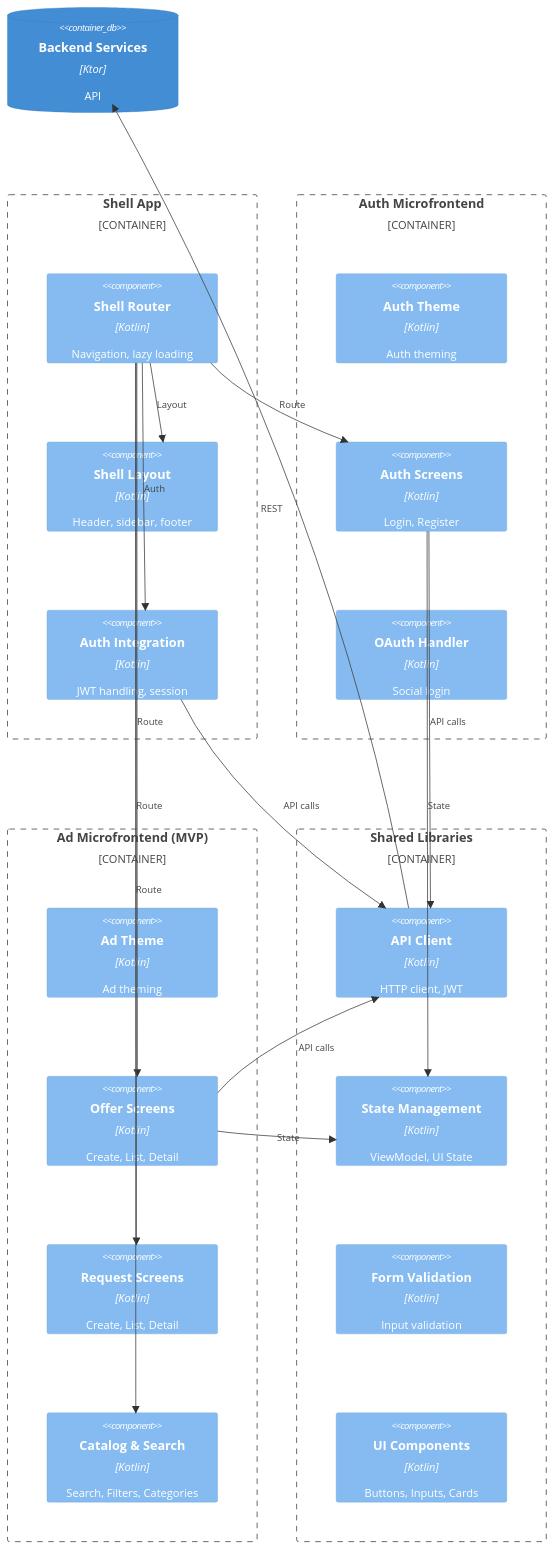
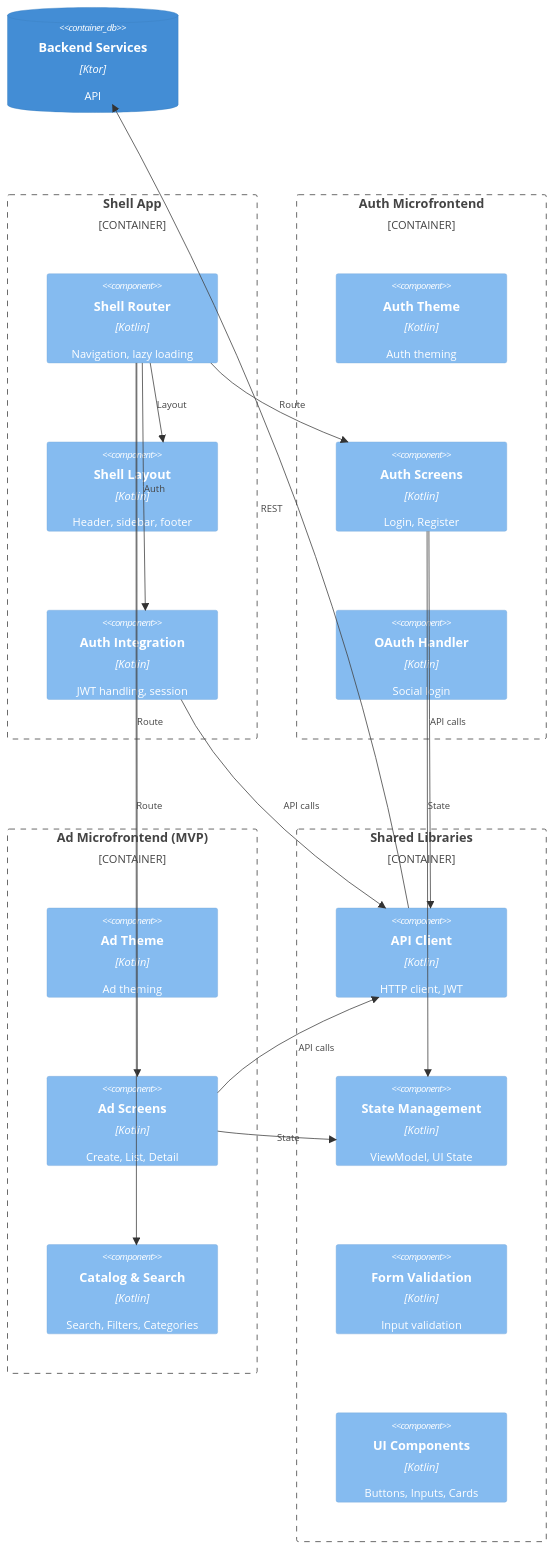
Before and after one commit to otuskotlin/202602-ok-marketplace: the third of 7 diagrams in docs/architecture/c4-3-component.md, drawn with Mermaid. The commit also changed other lines of this file and 6 other files, not shown here.

````diff
--- a/docs/architecture/c4-3-component.md
+++ b/docs/architecture/c4-3-component.md
@@ -60,46 +60,44 @@
 ```mermaid
 C4Component
     ContainerDb(backend, "Backend Services", "Ktor", "API")
     
     Container_Boundary(shell, "Shell App") {
         Component(shell_router, "Shell Router", "Kotlin", "Navigation, lazy loading")
         Component(shell_layout, "Shell Layout", "Kotlin", "Header, sidebar, footer")
         Component(shell_auth, "Auth Integration", "Kotlin", "JWT handling, session")
     }
     
     Container_Boundary(mf_auth, "Auth Microfrontend") {
         Component(auth_theme, "Auth Theme", "Kotlin", "Auth theming")
         Component(auth_screens, "Auth Screens", "Kotlin", "Login, Register")
         Component(auth_oauth, "OAuth Handler", "Kotlin", "Social login")
     }
     
     Container_Boundary(mf_ad, "Ad Microfrontend (MVP)") {
         Component(ad_theme, "Ad Theme", "Kotlin", "Ad theming")
-        Component(ad_offer_screens, "Offer Screens", "Kotlin", "Create, List, Detail")
-        Component(ad_request_screens, "Request Screens", "Kotlin", "Create, List, Detail")
+        Component(ad_screens, "Ad Screens", "Kotlin", "Create, List, Detail")
         Component(ad_catalog, "Catalog & Search", "Kotlin", "Search, Filters, Categories")
     }
     
     Container_Boundary(shared, "Shared Libraries") {
         Component(common_api, "API Client", "Kotlin", "HTTP client, JWT")
         Component(common_state, "State Management", "Kotlin", "ViewModel, UI State")
         Component(common_validation, "Form Validation", "Kotlin", "Input validation")
         Component(common_ui, "UI Components", "Kotlin", "Buttons, Inputs, Cards")
     }
     
     Rel(shell_router, shell_layout, "Layout")
     Rel(shell_router, shell_auth, "Auth")
     Rel(shell_auth, common_api, "API calls")
     
     Rel(shell_router, auth_screens, "Route")
     Rel(auth_screens, common_api, "API calls")
     Rel(auth_screens, common_state, "State")
     
-    Rel(shell_router, ad_offer_screens, "Route")
-    Rel(shell_router, ad_request_screens, "Route")
+    Rel(shell_router, ad_screens, "Route")
     Rel(shell_router, ad_catalog, "Route")
-    Rel(ad_offer_screens, common_api, "API calls")
-    Rel(ad_offer_screens, common_state, "State")
+    Rel(ad_screens, common_api, "API calls")
+    Rel(ad_screens, common_state, "State")
     
     Rel(common_api, backend, "REST")
 ```
````
